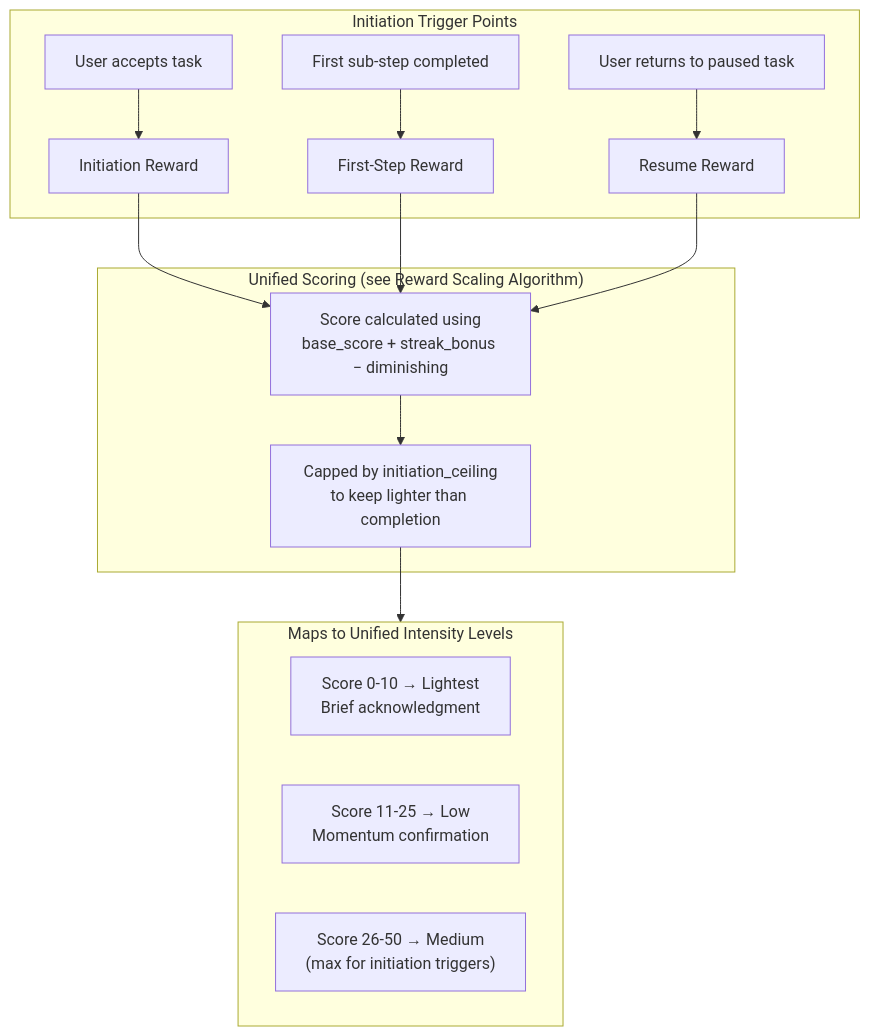
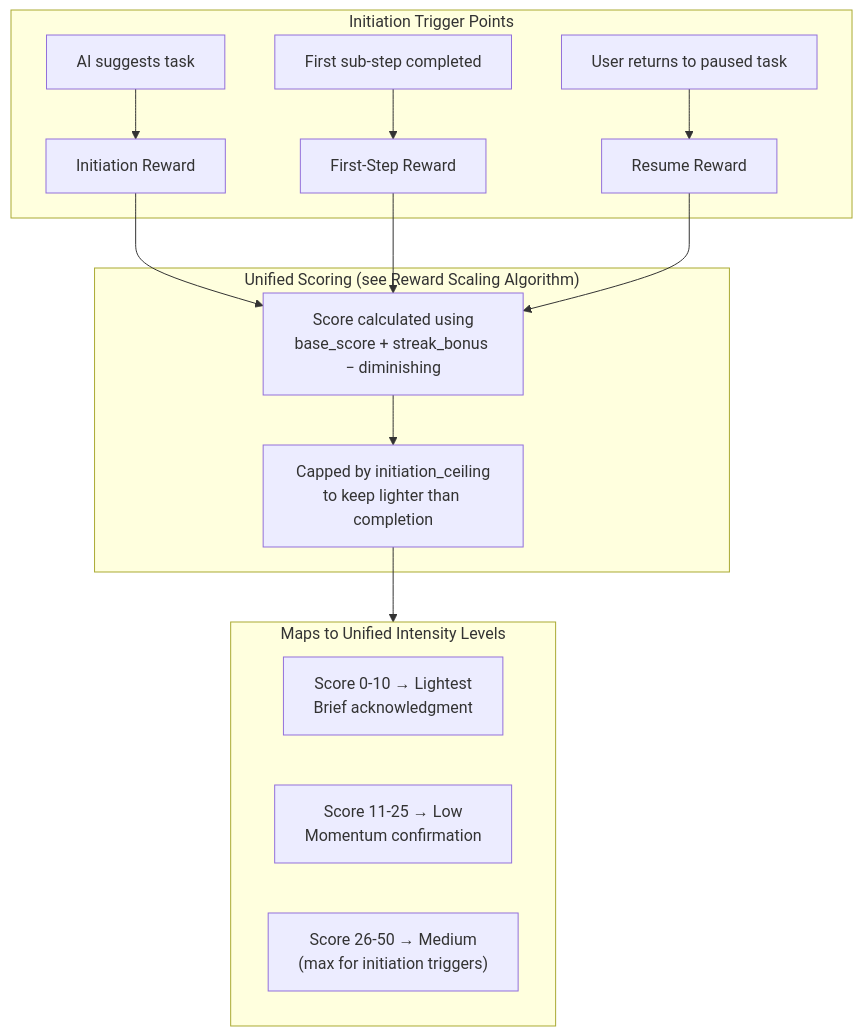
One commit to NickBorgersProbably/hide-my-list changed the fourth of 17 diagrams in docs/reward-system.md. Above: the diagram before and after it, drawn with Mermaid. The commit also changed other lines of this file and 16 other files, not shown here.

````diff
--- a/docs/reward-system.md
+++ b/docs/reward-system.md
@@ -142,25 +142,25 @@
 ```mermaid
 flowchart TD
     subgraph Triggers["Initiation Trigger Points"]
-        Accept[User accepts task] --> StartReward[Initiation Reward]
+        Accept[AI suggests task] --> StartReward[Initiation Reward]
         FirstStep[First sub-step completed] --> ProgressReward[First-Step Reward]
         Return[User returns to paused task] --> ResumeReward[Resume Reward]
     end
 
     subgraph Scoring["Unified Scoring (see Reward Scaling Algorithm)"]
         Calc["Score calculated using<br/>base_score + streak_bonus − diminishing"]
         Cap["Capped by initiation_ceiling<br/>to keep lighter than completion"]
     end
 
     subgraph Intensity["Maps to Unified Intensity Levels"]
         Lightest["Score 0-10 → Lightest<br/>Brief acknowledgment"]
         Low["Score 11-25 → Low<br/>Momentum confirmation"]
         Medium["Score 26-50 → Medium<br/>(max for initiation triggers)"]
     end
 
     StartReward --> Calc
     ProgressReward --> Calc
     ResumeReward --> Calc
     Calc --> Cap
     Cap --> Intensity
 ```
````
